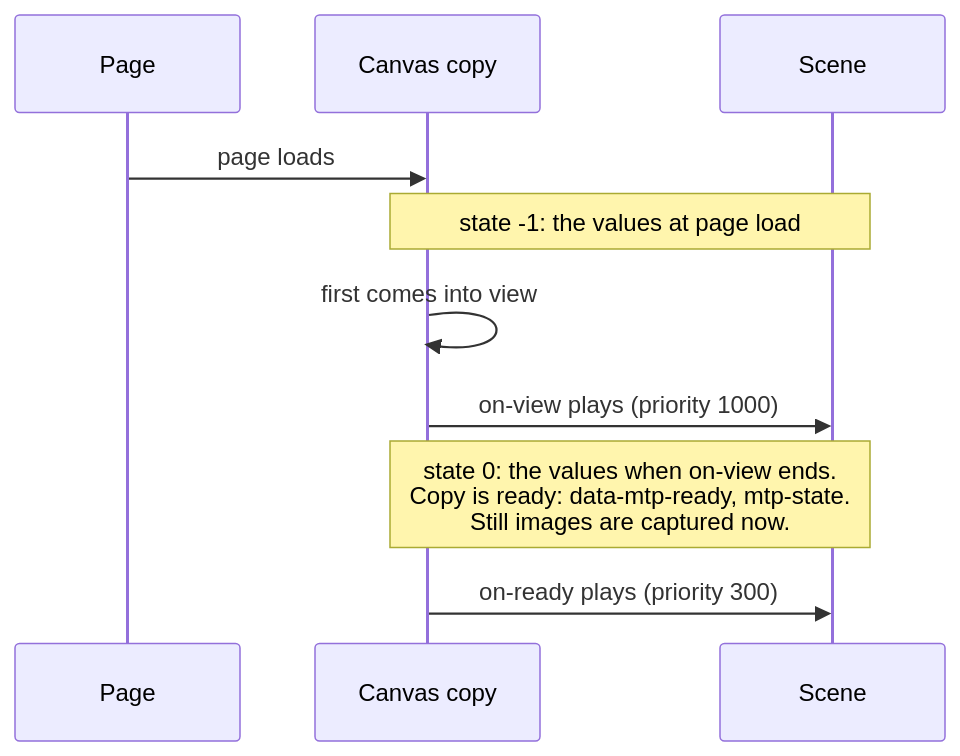
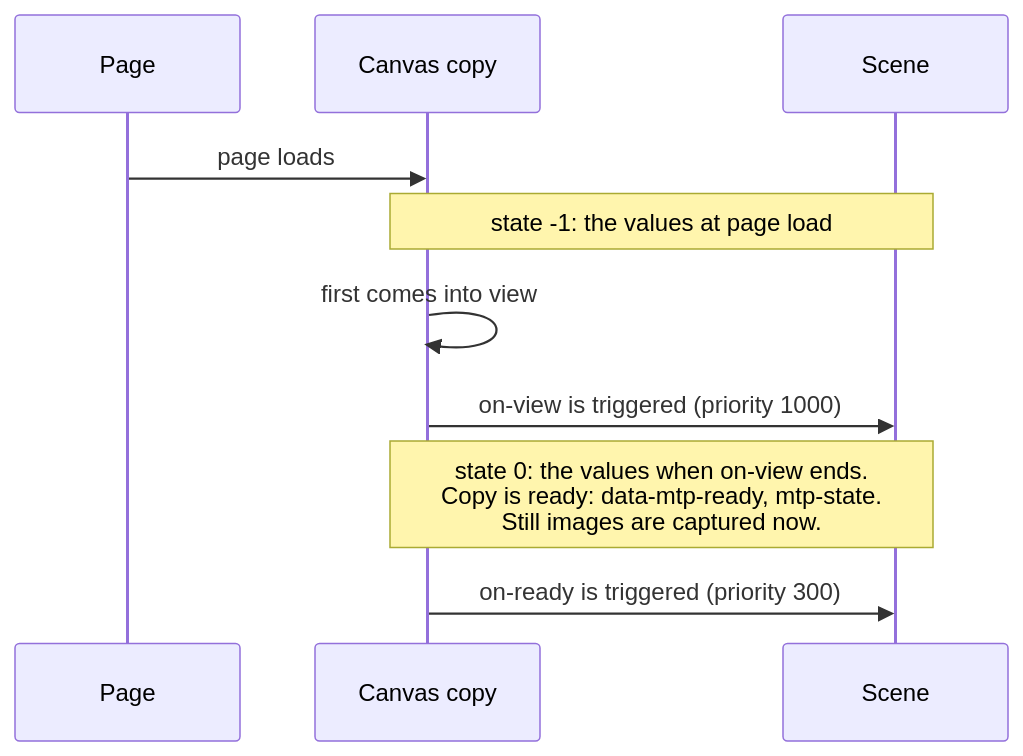
One commit to aris-pub/mathterpiece changed the diagram in docs/canvas-lifecycle.md. Above: the diagram before and after it, drawn with Mermaid. The commit also changed other lines of this file and 16 other files, not shown here.

````diff
--- a/docs/canvas-lifecycle.md
+++ b/docs/canvas-lifecycle.md
@@ -8,15 +9,15 @@
 ```{mermaid}
 :caption: The timeline of a canvas and of its listeners on-view and on-ready.
 :name: canvas-timeline
 
 sequenceDiagram
   participant Page
   participant Copy as Canvas copy
   participant Scene
   Page->>Copy: page loads
   Note over Copy,Scene: state -1: the values at page load
   Copy->>Copy: first comes into view
-  Copy->>Scene: on-view plays (priority 1000)
+  Copy->>Scene: on-view is triggered (priority 1000)
   Note over Copy,Scene: state 0: the values when on-view ends.<br/>Copy is ready: data-mtp-ready, mtp-state.<br/>Still images are captured now.
-  Copy->>Scene: on-ready plays (priority 300)
+  Copy->>Scene: on-ready is triggered (priority 300)
 ```
````
